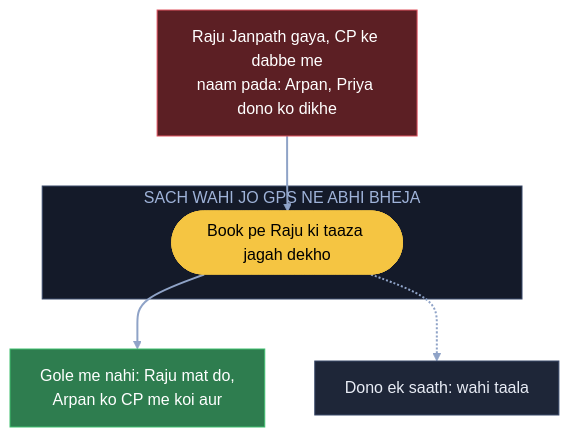
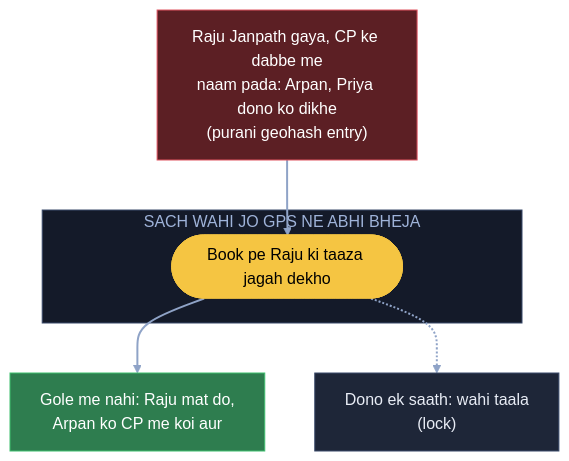
One commit to ArpanMaheshwari144/Prep changed the sixth of 16 diagrams in 04_HLD/SYSTEM_DESIGNS/15_uber/15_uber.md. Above: the diagram before and after it, drawn with Mermaid. The commit also changed other lines of this file and 20 other files, not shown here.

Commit message:
HLD main files: diagram me kahani shabd + bracket me asli naam (21 design, 182 label)

````diff
--- a/04_HLD/SYSTEM_DESIGNS/15_uber/15_uber.md
+++ b/04_HLD/SYSTEM_DESIGNS/15_uber/15_uber.md
@@ -320,18 +320,18 @@
 ```mermaid
 flowchart TB
-    X["Raju Janpath gaya, CP ke dabbe me<br/>naam pada: Arpan, Priya dono ko dikhe"]:::bad
+    X["Raju Janpath gaya, CP ke dabbe me<br/>naam pada: Arpan, Priya dono ko dikhe<br/>(purani geohash entry)"]:::bad
     subgraph TJ["SACH WAHI JO GPS NE ABHI BHEJA"]
         L(["Book pe Raju ki taaza jagah dekho"]):::pill
     end
     N["Gole me nahi: Raju mat do,<br/>Arpan ko CP me koi aur"]:::good
-    T["Dono ek saath: wahi taala"]:::card
+    T["Dono ek saath: wahi taala<br/>(lock)"]:::card
     X --> L
     L --> N
     L -.-> T
     linkStyle default stroke:#8fa3c7,stroke-width:2px
     classDef card fill:#1e2638,stroke:#3a4a6b,color:#e8ecf5
     classDef pill fill:#f5c542,stroke:#f5c542,color:#000
     classDef good fill:#2e7d4f,stroke:#3fbf6f,color:#fff
     classDef bad fill:#5c1f24,stroke:#e05561,color:#fff
     style TJ fill:#141a29,stroke:#3a4a6b,color:#9fb3d9
 ```
````
